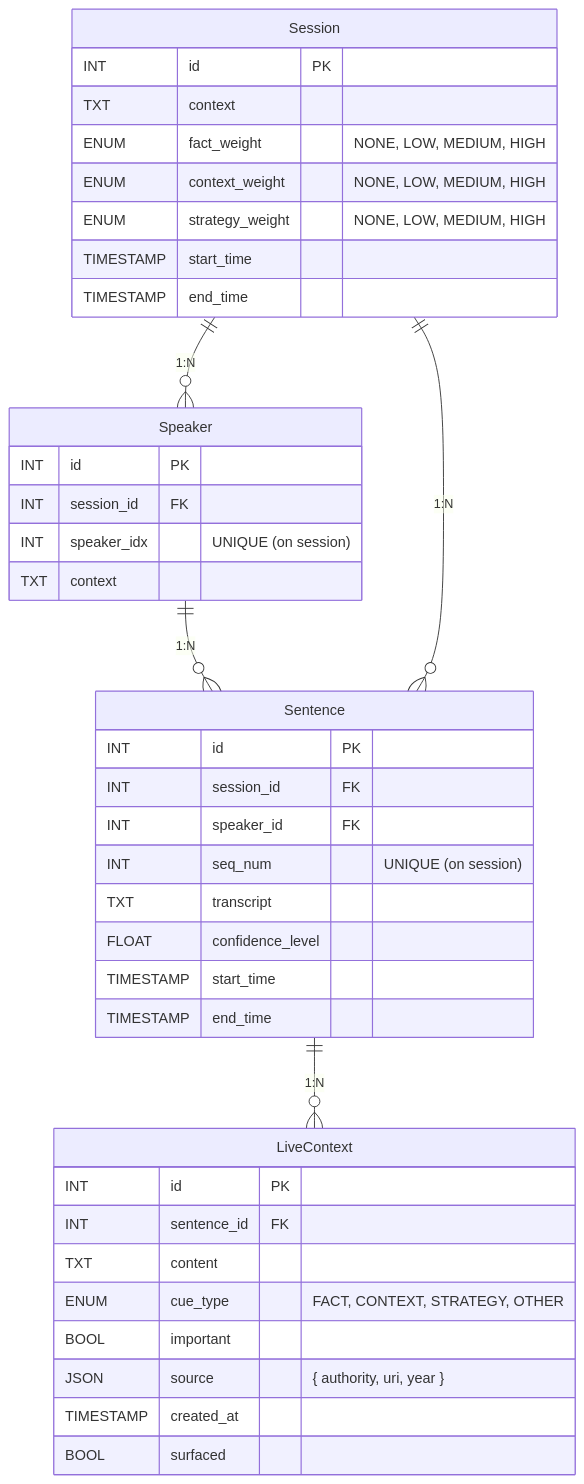
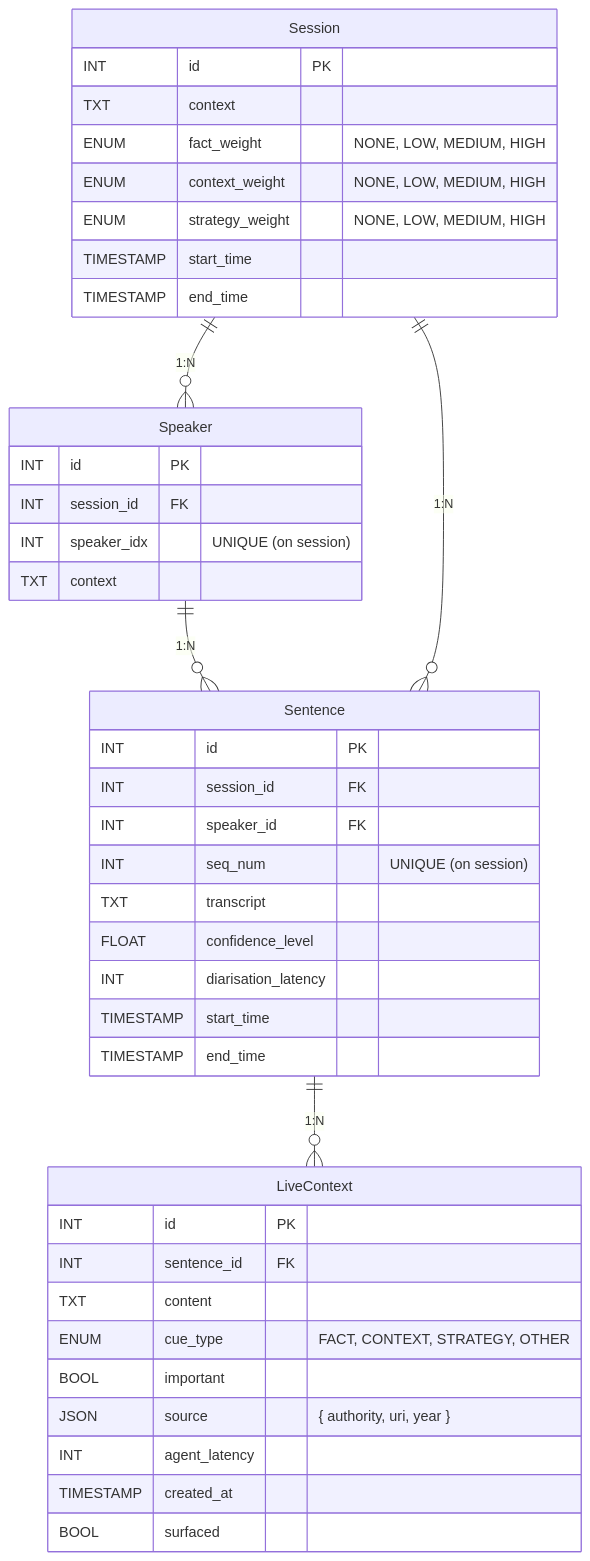
One commit to Teinc3/Auricue changed the second of 2 diagrams in docs/design.md. Above: the diagram before and after it, drawn with Mermaid. The commit also changed 7 other files, not shown here.

````diff
--- a/docs/design.md
+++ b/docs/design.md
@@ -61,46 +61,48 @@
 ```mermaid
 erDiagram
     Session ||--o{ Speaker : "1:N"
     Speaker ||--o{ Sentence : "1:N"
     Session ||--o{ Sentence : "1:N"
     Sentence ||--o{ LiveContext : "1:N"
 
     Speaker {
         INT id PK
         INT session_id FK
         INT speaker_idx "UNIQUE (on session)"
         TXT context
     }
 
     Session {
         INT id PK
         TXT context
         ENUM fact_weight "NONE, LOW, MEDIUM, HIGH"
         ENUM context_weight "NONE, LOW, MEDIUM, HIGH"
         ENUM strategy_weight "NONE, LOW, MEDIUM, HIGH"
         TIMESTAMP start_time
         TIMESTAMP end_time
     }
 
     Sentence {
         INT id PK
         INT session_id FK
         INT speaker_id FK
         INT seq_num "UNIQUE (on session)"
         TXT transcript
         FLOAT confidence_level
+        INT diarisation_latency
         TIMESTAMP start_time
         TIMESTAMP end_time
     }
 
     LiveContext {
         INT id PK
         INT sentence_id FK
         TXT content
         ENUM cue_type "FACT, CONTEXT, STRATEGY, OTHER"
         BOOL important
         JSON source "{ authority, uri, year }"
+        INT agent_latency
         TIMESTAMP created_at
         BOOL surfaced
     }
 ```
````
